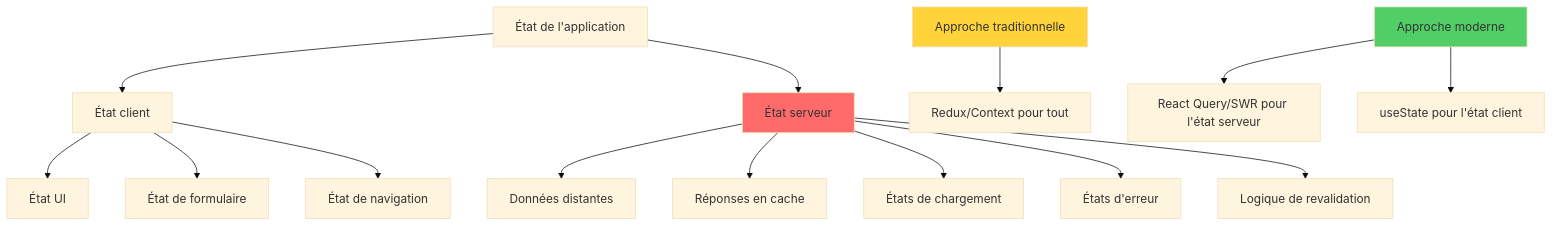
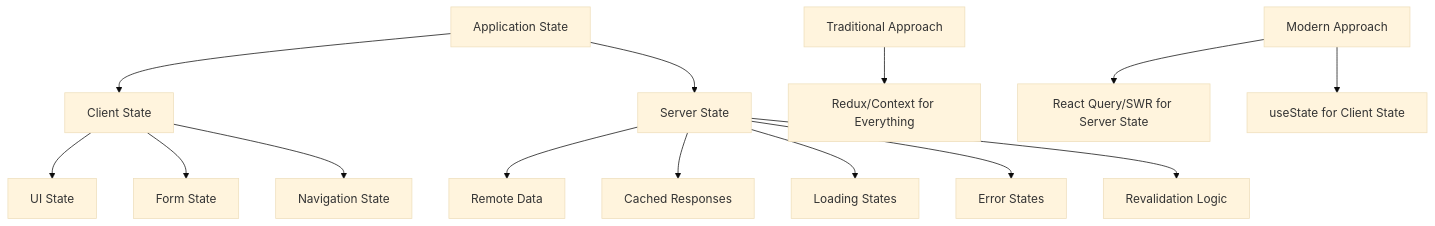
Before and after one commit to BabaScience/react-guides: the first of 6 diagrams in arguments/chapters/fr/07-data-fetching.md, drawn with Mermaid (base theme). The commit also changed other lines of this file and 29 other files, not shown here.

First line of the commit message:
Bring React FR/IT translations to full English parity + theme-safe diagrams

````diff
--- a/arguments/chapters/fr/07-data-fetching.md
+++ b/arguments/chapters/fr/07-data-fetching.md
@@ -20,23 +28,20 @@
 ```mermaid
 graph TD
-    A["État de l'application"] --> B["État client"]
-    A --> C["État serveur"]
-
-    B --> B1["État UI"]
-    B --> B2["État de formulaire"]
-    B --> B3["État de navigation"]
-
-    C --> C1["Données distantes"]
-    C --> C2["Réponses en cache"]
-    C --> C3["États de chargement"]
-    C --> C4["États d'erreur"]
-    C --> C5["Logique de revalidation"]
-
-    D["Approche traditionnelle"] --> E["Redux/Context pour tout"]
-    F["Approche moderne"] --> G["React Query/SWR pour l'état serveur"]
-    F --> H["useState pour l'état client"]
-
-    style C fill:#ff6b6b
-    style F fill:#51cf66
-    style D fill:#ffd43b
+    A[Application State] --> B[Client State]
+    A --> C[Server State]
+    
+    B --> B1[UI State]
+    B --> B2[Form State]
+    B --> B3[Navigation State]
+    
+    C --> C1[Remote Data]
+    C --> C2[Cached Responses]
+    C --> C3[Loading States]
+    C --> C4[Error States]
+    C --> C5[Revalidation Logic]
+    
+    D[Traditional Approach] --> E[Redux/Context for Everything]
+    F[Modern Approach] --> G[React Query/SWR for Server State]
+    F --> H[useState for Client State]
+    
 ```
````
